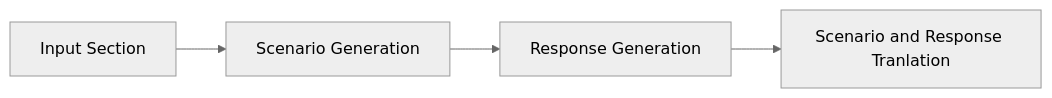
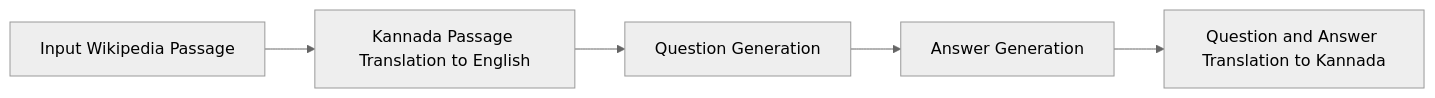
One commit to PiyushiAnand/new_ilab_sdg changed the diagram in examples/translation_example/README.md. Above: the diagram before and after it, drawn with Mermaid (neutral theme). The commit also changed other lines of this file and 6 other files, not shown here.

````diff
--- a/examples/translation_example/README.md
+++ b/examples/translation_example/README.md
@@ -21,6 +21,7 @@
 ```mermaid
 graph LR
-    A[Input Section] --> B[Scenario Generation]
-    B --> C[Response Generation]
-    C --> D[Scenario and Response Tranlation]
+    A[Input Wikipedia Passage] --> B[Kannada Passage Translation to English]
+    B --> C[Question Generation]
+    C --> D[Answer Generation]
+    D --> E[Question and Answer Translation to Kannada]
 ```
````
